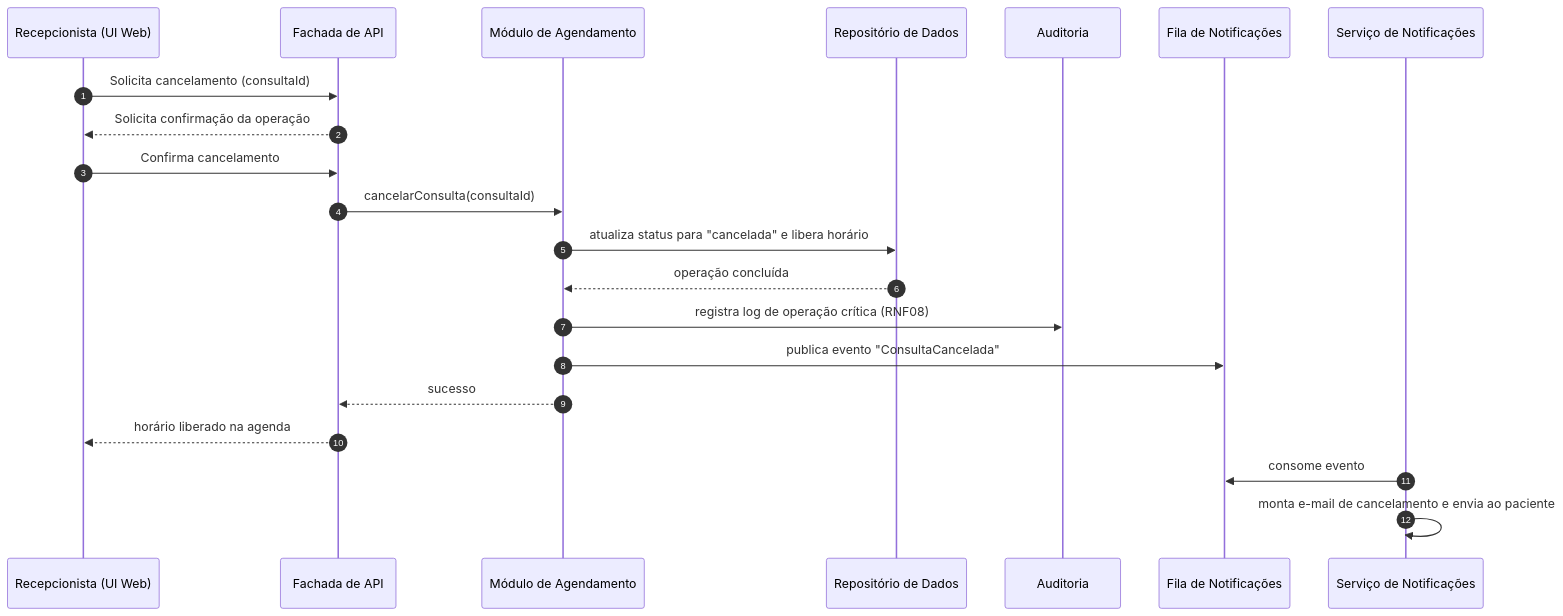
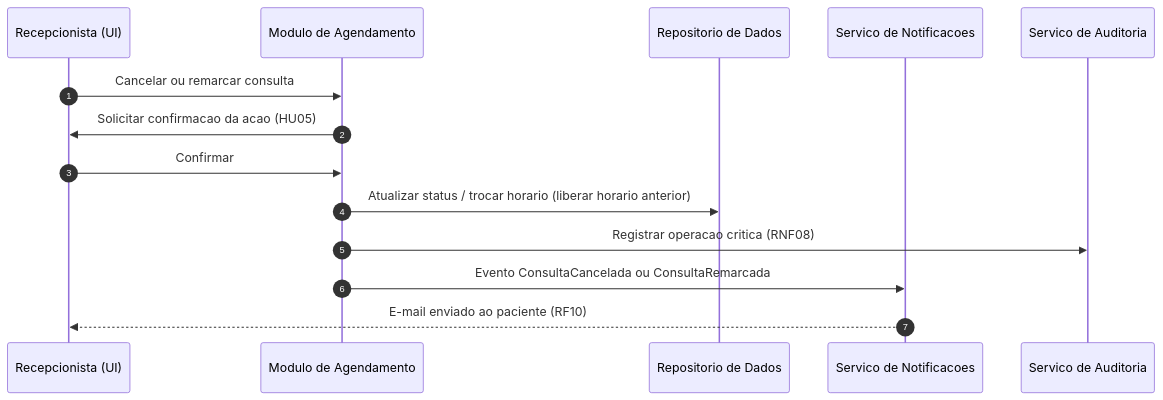
The third of 3 diagrams in docs/Time_2_Design/analise-qualitativa/outputs/relatorio_claude_fable_5_P02.md (PDC-ESIA/AI4ES), drawn with Mermaid before and after one commit. The commit also changed other lines of this file and 107 other files, not shown here.

````diff
--- a/docs/Time_2_Design/analise-qualitativa/outputs/relatorio_claude_fable_5_P02.md
+++ b/docs/Time_2_Design/analise-qualitativa/outputs/relatorio_claude_fable_5_P02.md
@@ -107,24 +107,17 @@
 ```mermaid
 sequenceDiagram
     autonumber
-    participant R as Recepcionista (UI Web)
-    participant GW as Fachada de API
-    participant CON as Módulo de Agendamento
-    participant DB as Repositório de Dados
-    participant LOG as Auditoria
-    participant FILA as Fila de Notificações
-    participant NOT as Serviço de Notificações
+    participant R as Recepcionista (UI)
+    participant AG as Modulo de Agendamento
+    participant RP as Repositorio de Dados
+    participant NT as Servico de Notificacoes
+    participant LG as Servico de Auditoria
 
-    R->>GW: Solicita cancelamento (consultaId)
-    GW-->>R: Solicita confirmação da operação
-    R->>GW: Confirma cancelamento
-    GW->>CON: cancelarConsulta(consultaId)
-    CON->>DB: atualiza status para "cancelada" e libera horário
-    DB-->>CON: operação concluída
-    CON->>LOG: registra log de operação crítica (RNF08)
-    CON->>FILA: publica evento "ConsultaCancelada"
-    CON-->>GW: sucesso
-    GW-->>R: horário liberado na agenda
-    NOT->>FILA: consome evento
-    NOT->>NOT: monta e-mail de cancelamento e envia ao paciente
+    R->>AG: Cancelar ou remarcar consulta
+    AG->>R: Solicitar confirmacao da acao (HU05)
+    R->>AG: Confirmar
+    AG->>RP: Atualizar status / trocar horario (liberar horario anterior)
+    AG->>LG: Registrar operacao critica (RNF08)
+    AG->>NT: Evento ConsultaCancelada ou ConsultaRemarcada
+    NT-->>R: E-mail enviado ao paciente (RF10)
 ```
````
